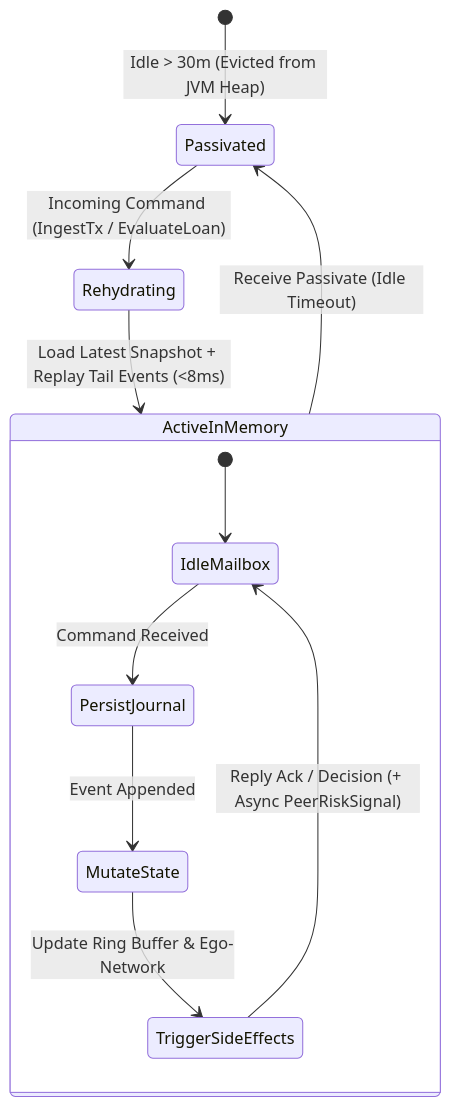
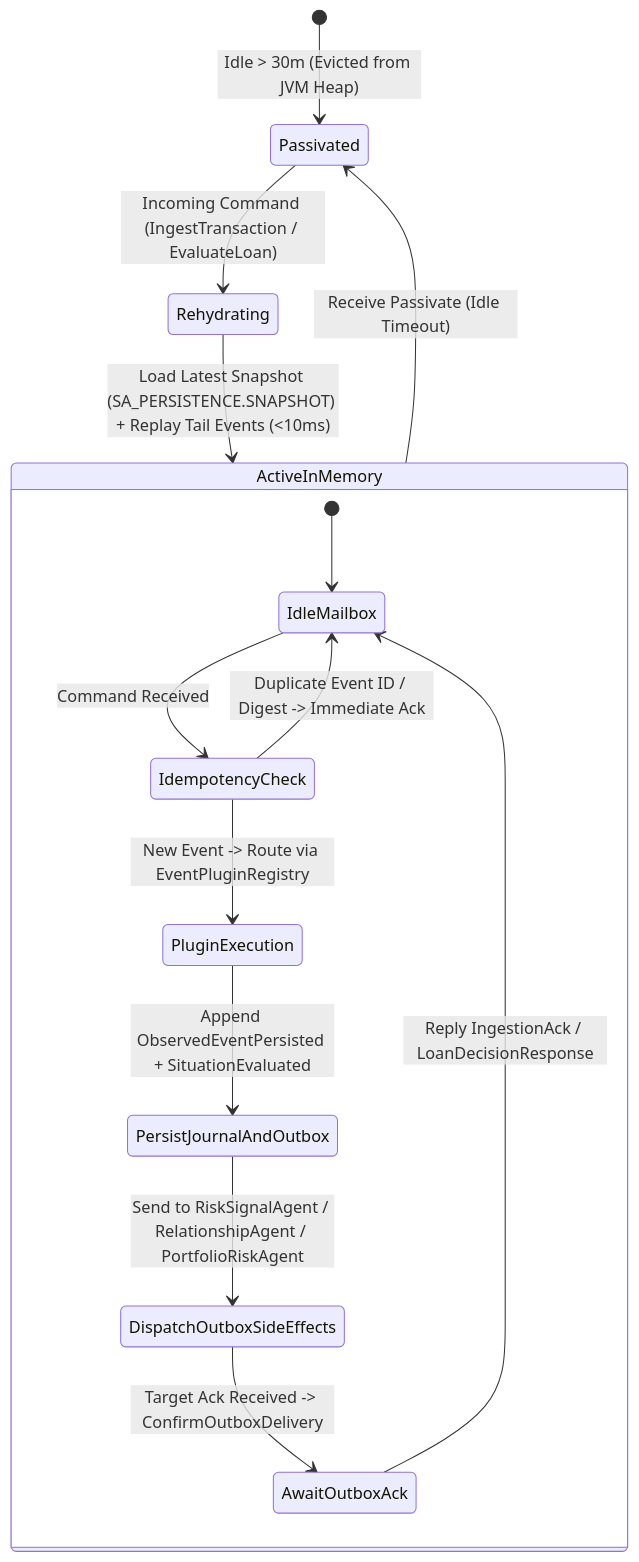
Before and after one commit to kkaduk/CustAgents: the seventh of 9 diagrams in ARCHITECTURE.md, drawn with Mermaid. The commit also changed other lines of this file, not shown here.

Commit message:
Adding 4+1 architecture description

````diff
--- a/ARCHITECTURE.md
+++ b/ARCHITECTURE.md
@@ -347,16 +498,19 @@
 ```mermaid
 stateDiagram-v2
     [*] --> Passivated: Idle > 30m (Evicted from JVM Heap)
-    Passivated --> Rehydrating: Incoming Command (IngestTx / EvaluateLoan)
-    Rehydrating --> ActiveInMemory: Load Latest Snapshot + Replay Tail Events (<8ms)
+    Passivated --> Rehydrating: Incoming Command (IngestTransaction / EvaluateLoan)
+    Rehydrating --> ActiveInMemory: Load Latest Snapshot (SA_PERSISTENCE.SNAPSHOT) + Replay Tail Events (<10ms)
 
     state ActiveInMemory {
         [*] --> IdleMailbox
-        IdleMailbox --> PersistJournal: Command Received
-        PersistJournal --> MutateState: Event Appended
-        MutateState --> TriggerSideEffects: Update Ring Buffer & Ego-Network
-        TriggerSideEffects --> IdleMailbox: Reply Ack / Decision (+ Async PeerRiskSignal)
+        IdleMailbox --> IdempotencyCheck: Command Received
+        IdempotencyCheck --> IdleMailbox: Duplicate Event ID / Digest -> Immediate Ack
+        IdempotencyCheck --> PluginExecution: New Event -> Route via EventPluginRegistry
+        PluginExecution --> PersistJournalAndOutbox: Append ObservedEventPersisted + SituationEvaluated
+        PersistJournalAndOutbox --> DispatchOutboxSideEffects: Send to RiskSignalAgent / RelationshipAgent / PortfolioRiskAgent
+        DispatchOutboxSideEffects --> AwaitOutboxAck: Target Ack Received -> ConfirmOutboxDelivery
+        AwaitOutboxAck --> IdleMailbox: Reply IngestionAck / LoanDecisionResponse
     }
 
     ActiveInMemory --> Passivated: Receive Passivate (Idle Timeout)
 ```
````
